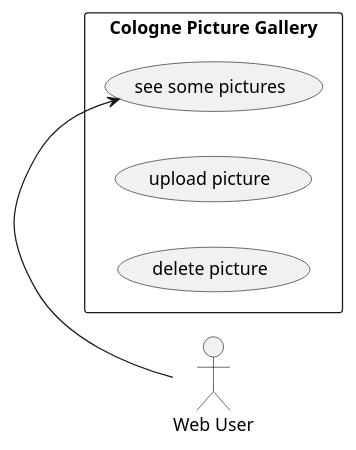
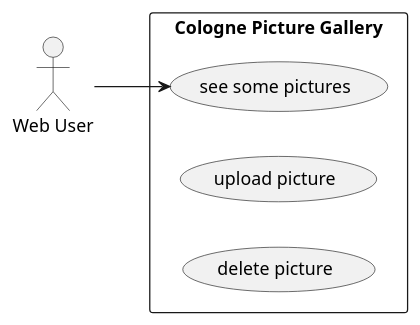
One commit to tonisun/Cologne-Picture-Gallery changed the diagram in out/doc/mvc_usc_dia.plantuml. Above: the diagram before and after it, drawn with PlantUML.

Commit message:
use case chng

```diff
--- a/out/doc/mvc_usc_dia.plantuml
+++ b/out/doc/mvc_usc_dia.plantuml
@@ -1,15 +1,15 @@
 @startuml
 
 left to right direction
 
 actor "Web User" as wu
 
 rectangle "Cologne Picture Gallery" {
     usecase "see some pictures" as uc1
     usecase "upload picture" as uc2
     usecase "delete picture" as uc3
 }
 
-wu -> uc1
+wu --> uc1
 
 @enduml
```
